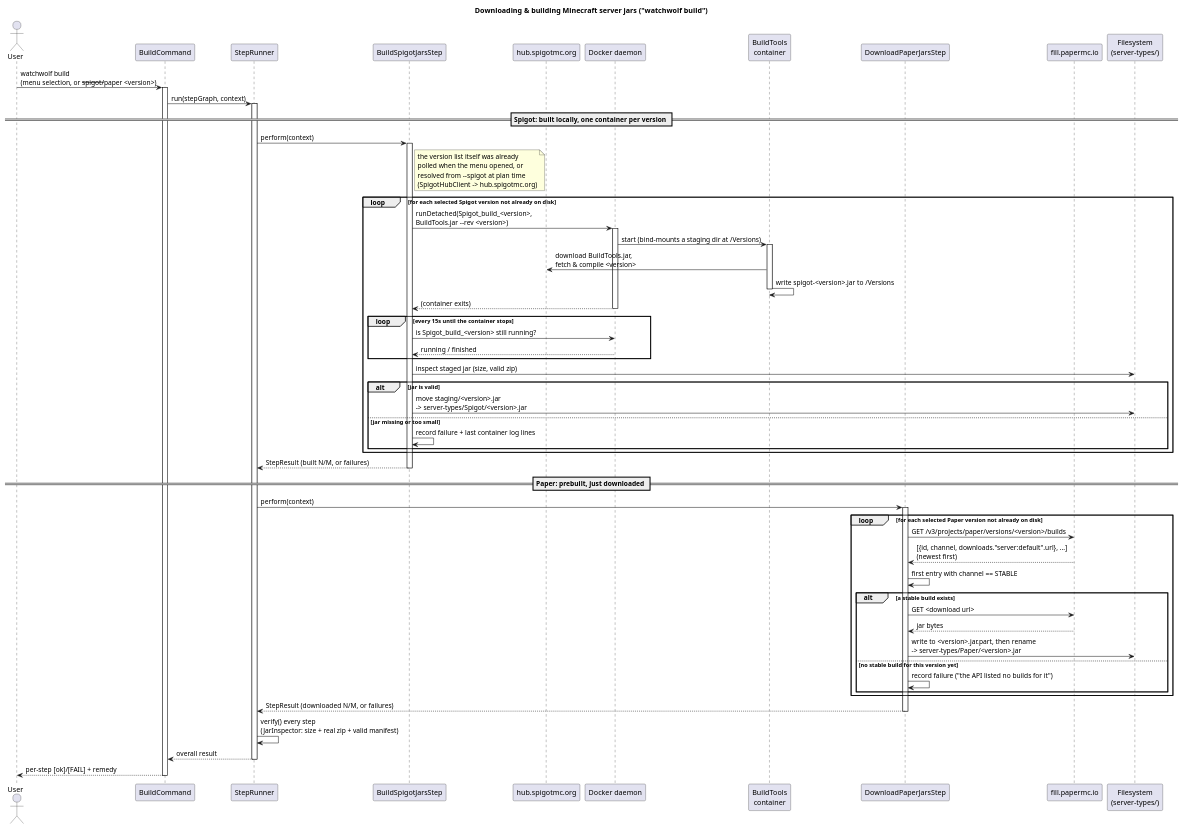
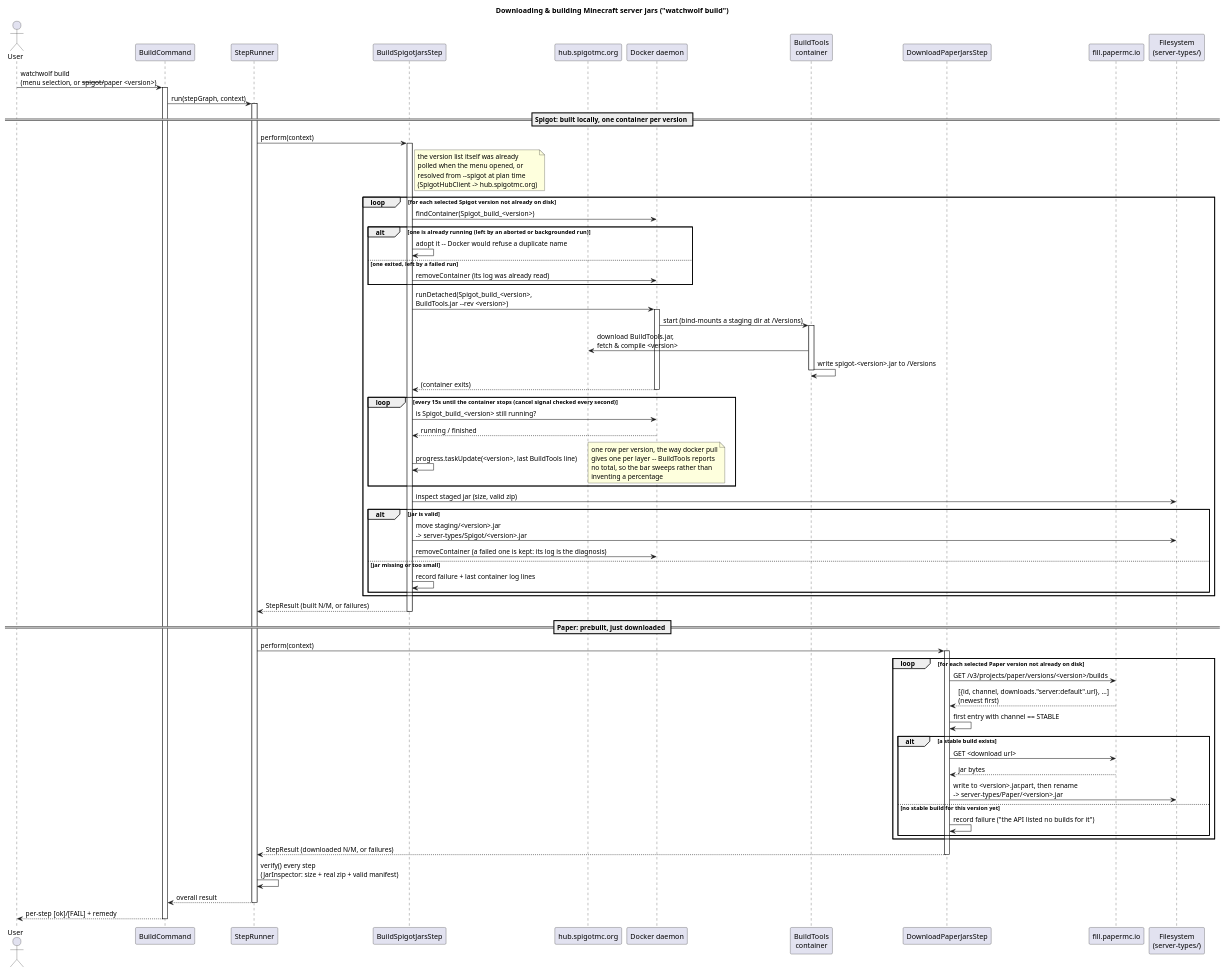
One commit to watch-wolf/WatchWolf changed the diagram in cli/docs/build-server-jars.puml. Above: the diagram before and after it, drawn with PlantUML. The commit also changed 33 other files, not shown here.

```diff
--- a/cli/docs/build-server-jars.puml
+++ b/cli/docs/build-server-jars.puml
@@ -1,82 +1,96 @@
 @startuml build-server-jars
 title Downloading & building Minecraft server jars ("watchwolf build")
 
 actor User
 participant "BuildCommand" as Build
 participant "StepRunner" as Runner
 participant "BuildSpigotJarsStep" as SpigotStep
 participant "hub.spigotmc.org" as SpigotHub
 participant "Docker daemon" as Docker
 participant "BuildTools\ncontainer" as BuildTools
 participant "DownloadPaperJarsStep" as PaperStep
 participant "fill.papermc.io" as PaperApi
 participant "Filesystem\n(server-types/)" as FS
 
 User -> Build: watchwolf build\n(menu selection, or --spigot/--paper <version>)
 activate Build
 Build -> Runner: run(stepGraph, context)
 activate Runner
 
 == Spigot: built locally, one container per version ==
 
 Runner -> SpigotStep: perform(context)
 activate SpigotStep
 note right of SpigotStep
   the version list itself was already
   polled when the menu opened, or
   resolved from --spigot at plan time
   (SpigotHubClient -> hub.spigotmc.org)
 end note
 
 loop for each selected Spigot version not already on disk
+    SpigotStep -> Docker: findContainer(Spigot_build_<version>)
+    alt one is already running (left by an aborted or backgrounded run)
+        SpigotStep -> SpigotStep: adopt it -- Docker would refuse a duplicate name
+    else one exited, left by a failed run
+        SpigotStep -> Docker: removeContainer (its log was already read)
+    end
     SpigotStep -> Docker: runDetached(Spigot_build_<version>,\nBuildTools.jar --rev <version>)
     activate Docker
     Docker -> BuildTools: start (bind-mounts a staging dir at /Versions)
     activate BuildTools
     BuildTools -> SpigotHub: download BuildTools.jar,\nfetch & compile <version>
     BuildTools -> BuildTools: write spigot-<version>.jar to /Versions
     deactivate BuildTools
     Docker --> SpigotStep: (container exits)
     deactivate Docker
 
-    loop every 15s until the container stops
+    loop every 15s until the container stops (cancel signal checked every second)
         SpigotStep -> Docker: is Spigot_build_<version> still running?
         Docker --> SpigotStep: running / finished
+        SpigotStep -> SpigotStep: progress.taskUpdate(<version>, last BuildTools line)
+        note right
+          one row per version, the way docker pull
+          gives one per layer -- BuildTools reports
+          no total, so the bar sweeps rather than
+          inventing a percentage
+        end note
     end
 
     SpigotStep -> FS: inspect staged jar (size, valid zip)
     alt jar is valid
         SpigotStep -> FS: move staging/<version>.jar\n-> server-types/Spigot/<version>.jar
+        SpigotStep -> Docker: removeContainer (a failed one is kept: its log is the diagnosis)
     else jar missing or too small
         SpigotStep -> SpigotStep: record failure + last container log lines
     end
 end
 SpigotStep --> Runner: StepResult (built N/M, or failures)
 deactivate SpigotStep
 
 == Paper: prebuilt, just downloaded ==
 
 Runner -> PaperStep: perform(context)
 activate PaperStep
 loop for each selected Paper version not already on disk
     PaperStep -> PaperApi: GET /v3/projects/paper/versions/<version>/builds
     PaperApi --> PaperStep: [{id, channel, downloads."server:default".url}, ...]\n(newest first)
     PaperStep -> PaperStep: first entry with channel == STABLE
     alt a stable build exists
         PaperStep -> PaperApi: GET <download url>
         PaperApi --> PaperStep: jar bytes
         PaperStep -> FS: write to <version>.jar.part, then rename\n-> server-types/Paper/<version>.jar
     else no stable build for this version yet
         PaperStep -> PaperStep: record failure ("the API listed no builds for it")
     end
 end
 PaperStep --> Runner: StepResult (downloaded N/M, or failures)
 deactivate PaperStep
 
 Runner -> Runner: verify() every step\n(JarInspector: size + real zip + valid manifest)
 Runner --> Build: overall result
 deactivate Runner
 Build --> User: per-step [ok]/[FAIL] + remedy
 deactivate Build
 
 @enduml
```
